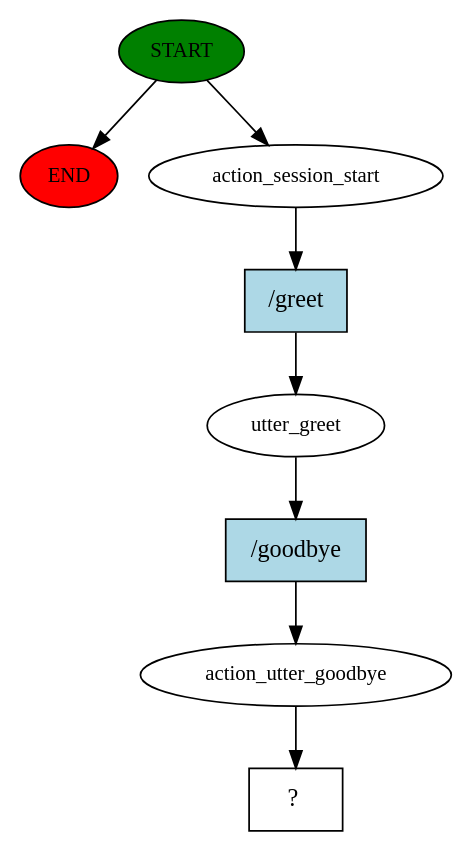
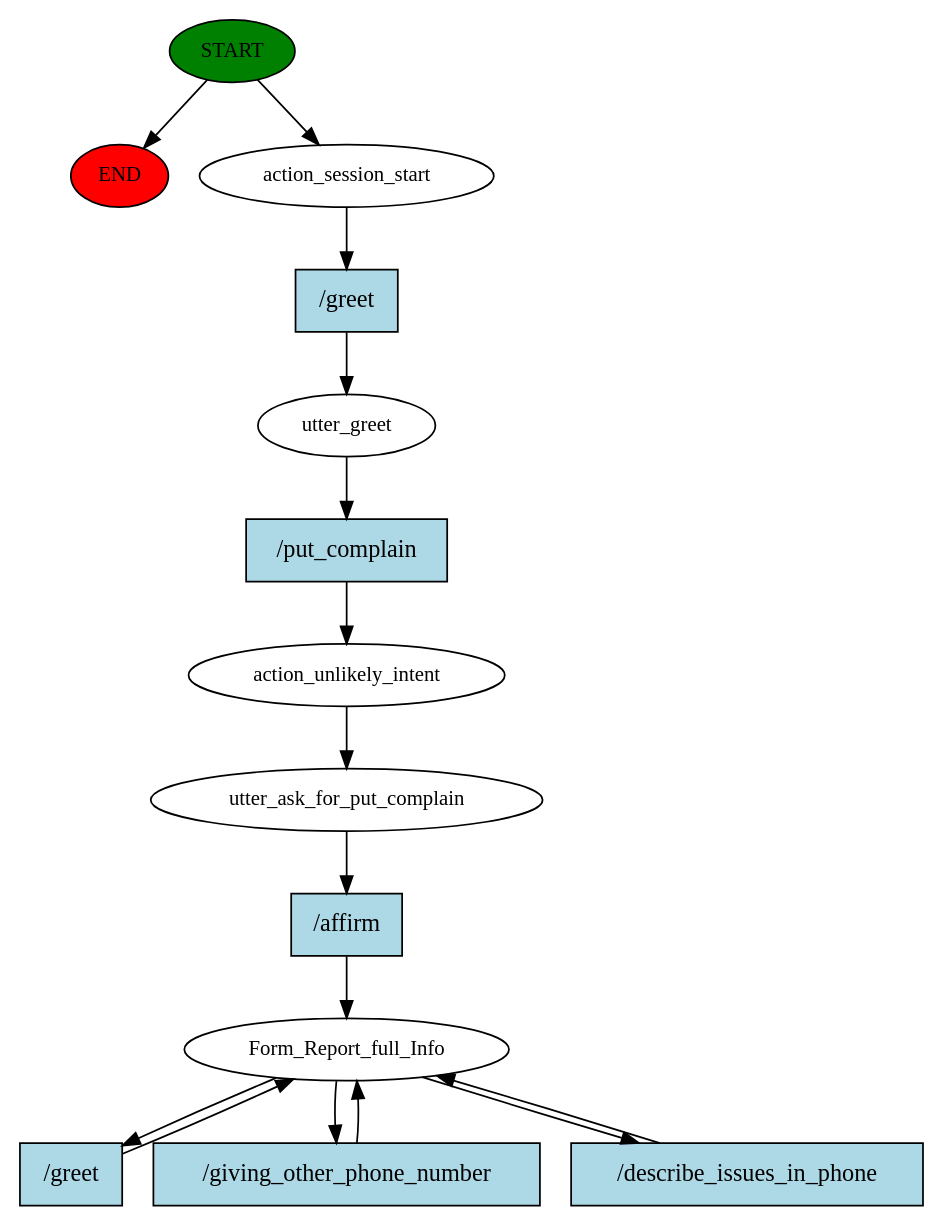
One commit to SewminaFernando/AggroDetect changed the diagram in rasaproject8/story_graph.dot. Above: the diagram before and after it, drawn with Graphviz. The commit also changed 94 other files, not shown here.

```diff
--- a/rasaproject8/story_graph.dot
+++ b/rasaproject8/story_graph.dot
@@ -1,17 +1,30 @@
 digraph  {
 0 [class="start active", fillcolor=green, fontsize=12, label=START, style=filled];
 "-1" [class=end, fillcolor=red, fontsize=12, label=END, style=filled];
 1 [class=active, fontsize=12, label=action_session_start];
 2 [class=active, fontsize=12, label=utter_greet];
-3 [class=active, fontsize=12, label=action_utter_goodbye];
-4 [class="intent dashed active", label="  ?  ", shape=rect];
-5 [class="intent active", fillcolor=lightblue, label="/greet", shape=rect, style=filled];
-6 [class="intent active", fillcolor=lightblue, label="/goodbye", shape=rect, style=filled];
+3 [class=active, fontsize=12, label=action_unlikely_intent];
+4 [class=active, fontsize=12, label=utter_ask_for_put_complain];
+5 [class="active dashed", fontsize=12, label=Form_Report_full_Info];
+9 [class="intent active", fillcolor=lightblue, label="/greet", shape=rect, style=filled];
+10 [class="intent active", fillcolor=lightblue, label="/put_complain", shape=rect, style=filled];
+11 [class="intent active", fillcolor=lightblue, label="/affirm", shape=rect, style=filled];
+12 [class="intent active", fillcolor=lightblue, label="/greet", shape=rect, style=filled];
+13 [class="intent active", fillcolor=lightblue, label="/giving_other_phone_number", shape=rect, style=filled];
+14 [class="intent active", fillcolor=lightblue, label="/describe_issues_in_phone", shape=rect, style=filled];
 0 -> "-1"  [class="", key=NONE, label=""];
 0 -> 1  [class=active, key=NONE, label=""];
-1 -> 5  [class=active, key=0];
-2 -> 6  [class=active, key=0];
+1 -> 9  [class=active, key=0];
+2 -> 10  [class=active, key=0];
 3 -> 4  [class=active, key=NONE, label=""];
-5 -> 2  [class=active, key=0];
-6 -> 3  [class=active, key=0];
+4 -> 11  [class=active, key=0];
+5 -> 12  [class=active, key=0];
+5 -> 13  [class=active, key=0];
+5 -> 14  [class=active, key=0];
+9 -> 2  [class=active, key=0];
+10 -> 3  [class=active, key=0];
+11 -> 5  [class=active, key=0];
+12 -> 5  [class=active, key=0];
+13 -> 5  [class=active, key=0];
+14 -> 5  [class=active, key=0];
 }
```
